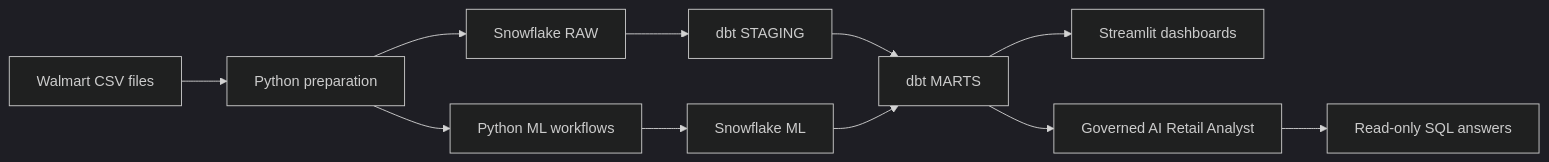
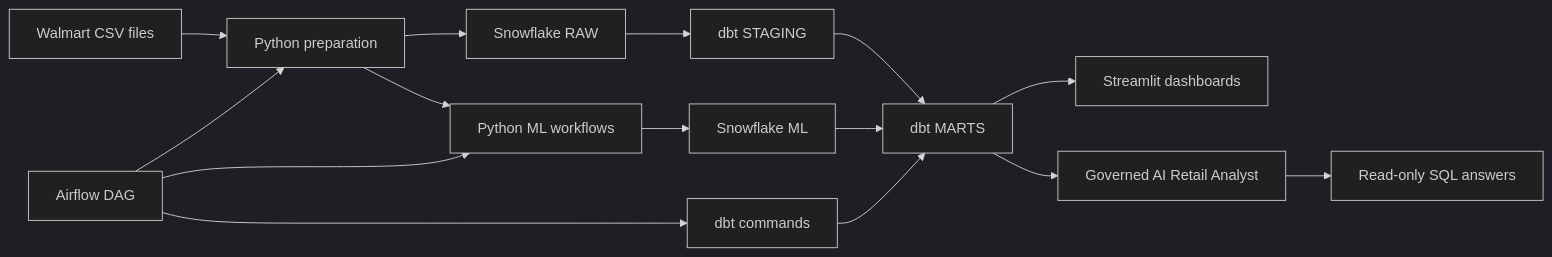
The diagram in docs/architecture.md (Photon7777/retailiq-demand-intelligence), drawn with Mermaid (dark theme) before and after one commit. The commit also changed other lines of this file and 13 other files, not shown here.

````diff
--- a/docs/architecture.md
+++ b/docs/architecture.md
@@ -19,13 +20,17 @@
 ```mermaid
 flowchart LR
     A["Walmart CSV files"] --> B["Python preparation"]
+    K["Airflow DAG"] --> B
+    K --> F
+    K --> L["dbt commands"]
     B --> C["Snowflake RAW"]
     C --> D["dbt STAGING"]
     D --> E["dbt MARTS"]
     B --> F["Python ML workflows"]
     F --> G["Snowflake ML"]
+    L --> E
     G --> E
     E --> H["Streamlit dashboards"]
     E --> I["Governed AI Retail Analyst"]
     I --> J["Read-only SQL answers"]
 ```
````
